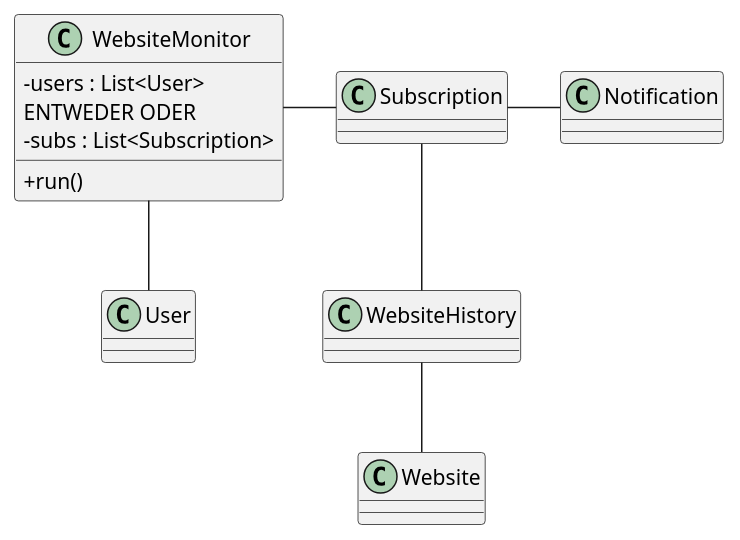
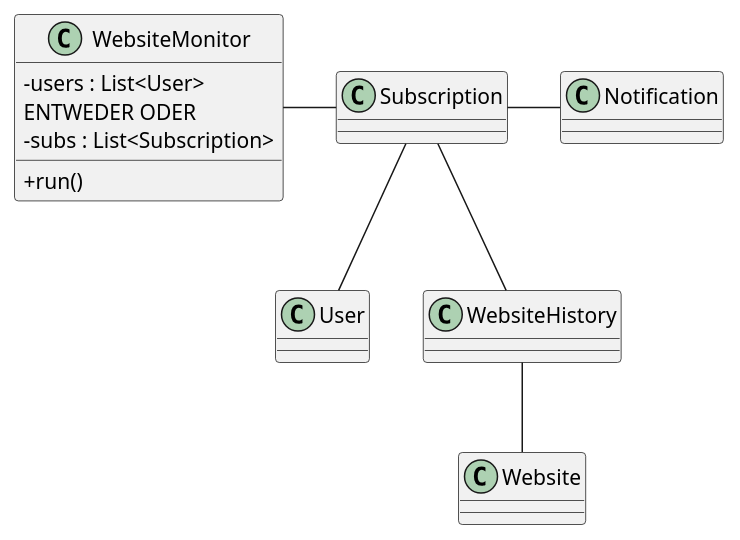
The third of 3 diagrams in markdown/ab3/A1WebsiteMonitor.md (Montimare/Software-Engineering-Design), drawn with PlantUML before and after one commit. The commit also changed 19 other files, not shown here.

````diff
--- a/markdown/ab3/A1WebsiteMonitor.md
+++ b/markdown/ab3/A1WebsiteMonitor.md
@@ -54,22 +54,22 @@
 ```plantuml
 @startuml
 skinparam classAttributeIconSize 0
 class WebsiteMonitor{
     -users : List<User>
     ENTWEDER ODER
     -subs : List<Subscription>
     +run()
 }
 class Subscription
 class User
 class Notification
 class WebsiteHistory
 class Website
 
-WebsiteMonitor -- User
+Subscription -- User
 WebsiteMonitor -right- Subscription
 Subscription -right- Notification
 Subscription -- WebsiteHistory
 WebsiteHistory -- Website
 @enduml
 ```
````
